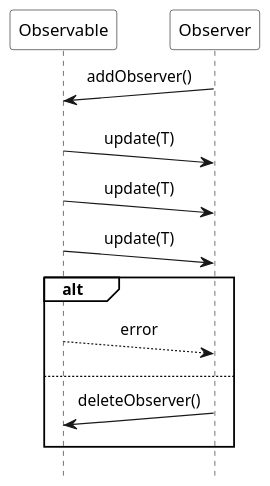
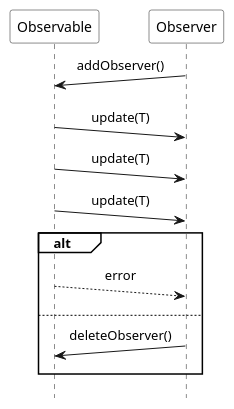
Before and after one commit to ti-cortex-m4/demo-java-reactive-streams-old: the diagram in images/pattern_Observer.puml, drawn with PlantUML. The commit also changed 4 other files, not shown here.

```diff
--- a/images/pattern_Observer.puml
+++ b/images/pattern_Observer.puml
@@ -1,31 +1,31 @@
 @startuml
 
-scale 1.2
+scale 1.0
 hide footbox
 
 !pragma teoz true
 
 skinparam monochrome true
 skinparam defaultFontName Source Sans Pro
 skinparam sequenceMessageAlign center
 skinparam participantBackgroundColor #white
 skinparam noteBackgroundColor #white
 skinparam sequenceGroupBackgroundColor #white
-skinparam participantPadding 10
+skinparam participantPadding 20
 
 participant Observable
 participant Observer
 
 Observer ->(10) Observable : addObserver()
 
 Observable ->(10) Observer : update(T)
 Observable ->(10) Observer : update(T)
 Observable ->(10) Observer : update(T)
 
 alt
     Observable -->(10) Observer : error
 else
     Observer ->(10) Observable : deleteObserver()
 end
 
 @enduml
```
